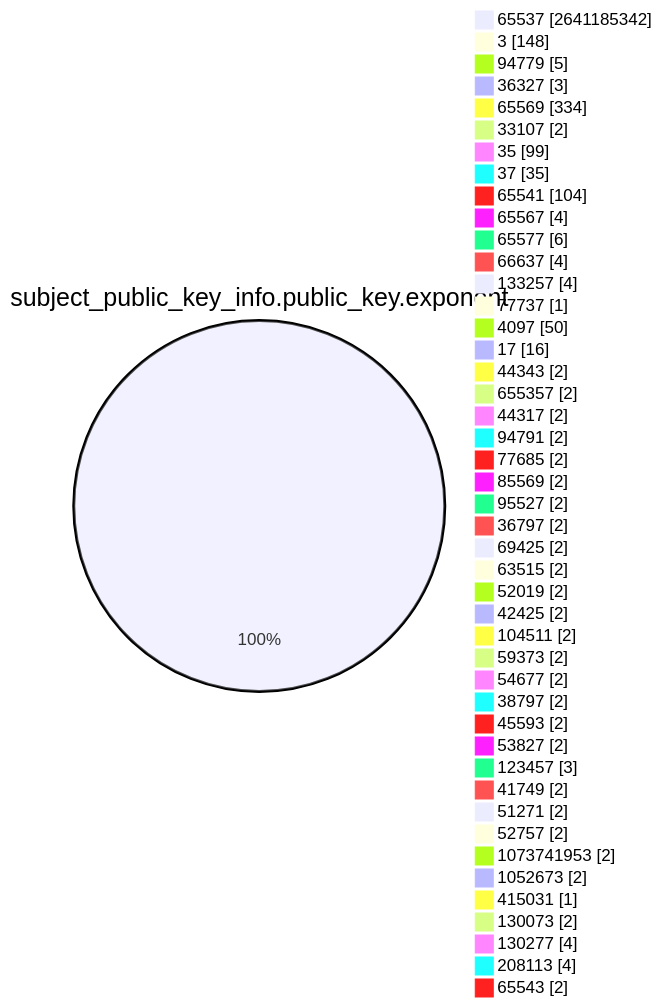
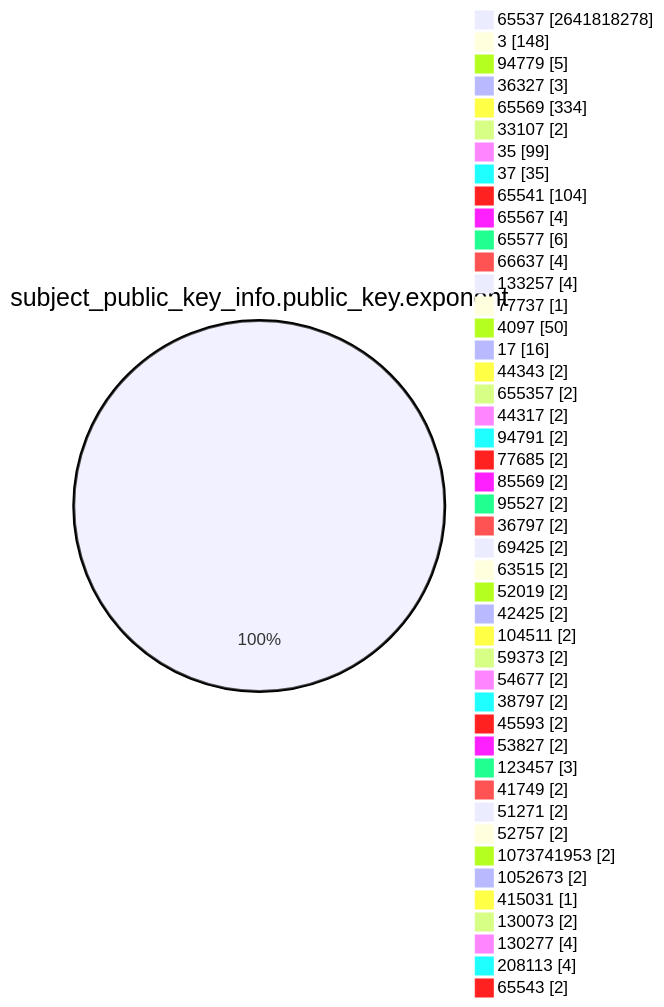
One commit to christiankrug/ctmonitor_visualization changed the fourth of 15 diagrams in TOTAL/README.md. Above: the diagram before and after it, drawn with Mermaid. The commit also changed other lines of this file, not shown here.

````diff
--- a/TOTAL/README.md
+++ b/TOTAL/README.md
@@ -1466,49 +1466,49 @@
 ```mermaid
 pie showData
 title subject_public_key_info.public_key.exponent
-"65537" :2641185342
+"65537" :2641818278
 "3" :148
 "94779" :5
 "36327" :3
 "65569" :334
 "33107" :2
 "35" :99
 "37" :35
 "65541" :104
 "65567" :4
 "65577" :6
 "66637" :4
 "133257" :4
 "77737" :1
 "4097" :50
 "17" :16
 "44343" :2
 "655357" :2
 "44317" :2
 "94791" :2
 "77685" :2
 "85569" :2
 "95527" :2
 "36797" :2
 "69425" :2
 "63515" :2
 "52019" :2
 "42425" :2
 "104511" :2
 "59373" :2
 "54677" :2
 "38797" :2
 "45593" :2
 "53827" :2
 "123457" :3
 "41749" :2
 "51271" :2
 "52757" :2
 "1073741953" :2
 "1052673" :2
 "415031" :1
 "130073" :2
 "130277" :4
 "208113" :4
 "65543" :2
 ```
````
